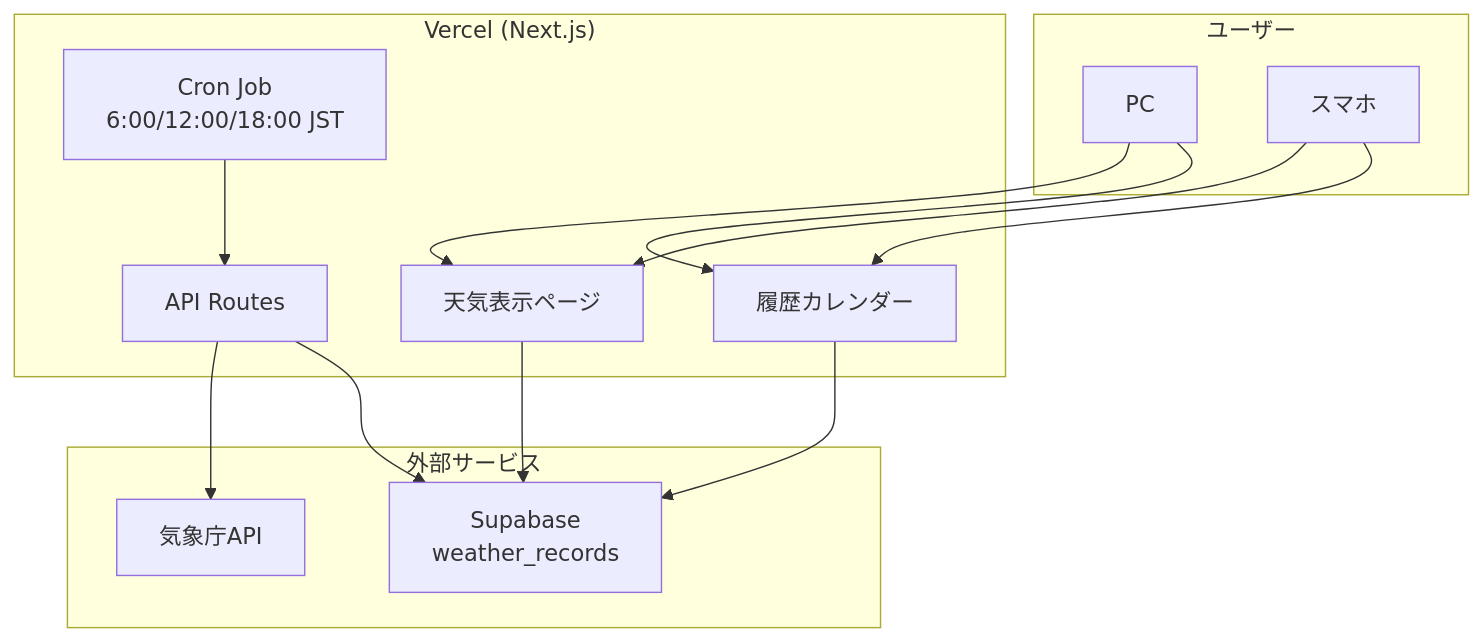
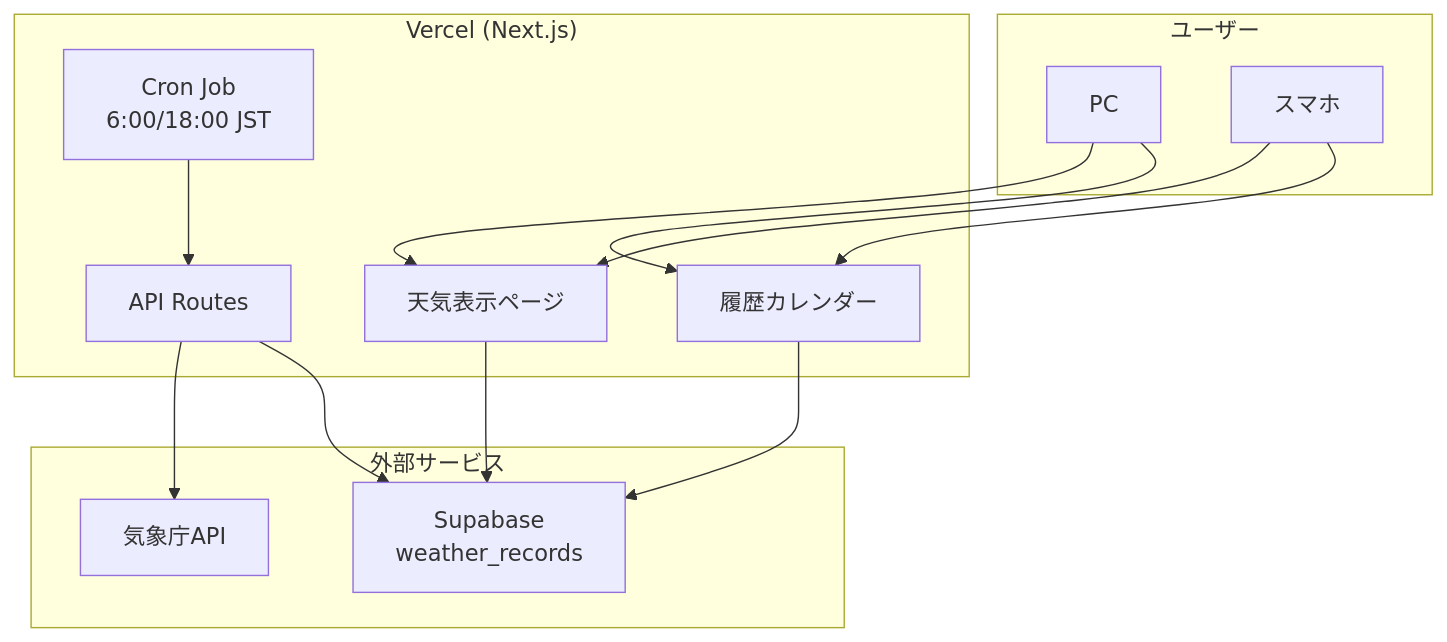
One commit to QuatrexEX/sagamihara-weather changed the diagram in CLAUDE.md. Above: the diagram before and after it, drawn with Mermaid. The commit also changed other lines of this file and 4 other files, not shown here.

First line of the commit message:
Fix temperature retrieval and unify data flow

````diff
--- a/CLAUDE.md
+++ b/CLAUDE.md
@@ -40,29 +77,29 @@
 ```mermaid
 flowchart TB
     subgraph User["ユーザー"]
         PC["PC"]
         SP["スマホ"]
     end
 
     subgraph Vercel["Vercel (Next.js)"]
         Page1["天気表示ページ"]
         Page2["履歴カレンダー"]
         API["API Routes"]
-        Cron["Cron Job<br/>6:00/12:00/18:00 JST"]
+        Cron["Cron Job<br/>6:00/18:00 JST"]
     end
 
     subgraph External["外部サービス"]
         JMA["気象庁API"]
         Supabase["Supabase<br/>weather_records"]
     end
 
     PC --> Page1
     SP --> Page1
     PC --> Page2
     SP --> Page2
     Page1 --> Supabase
     Page2 --> Supabase
     Cron --> API
     API --> JMA
     API --> Supabase
 ```
````
